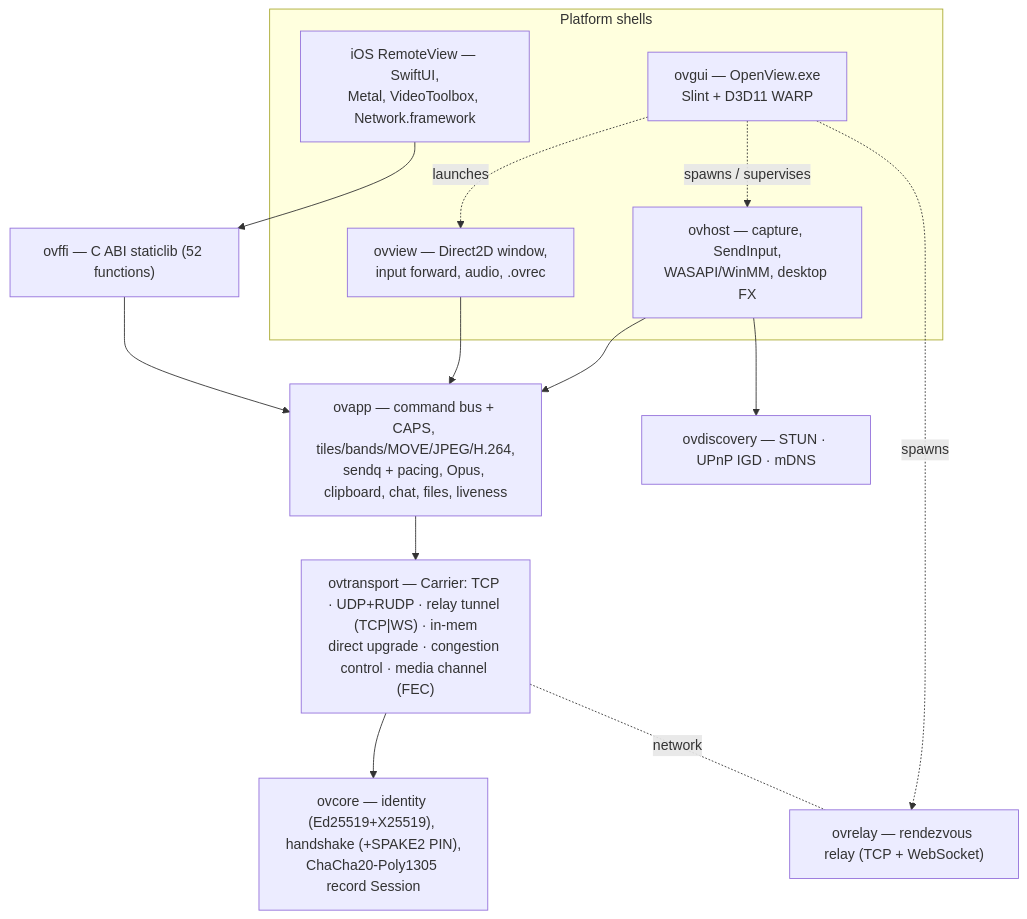
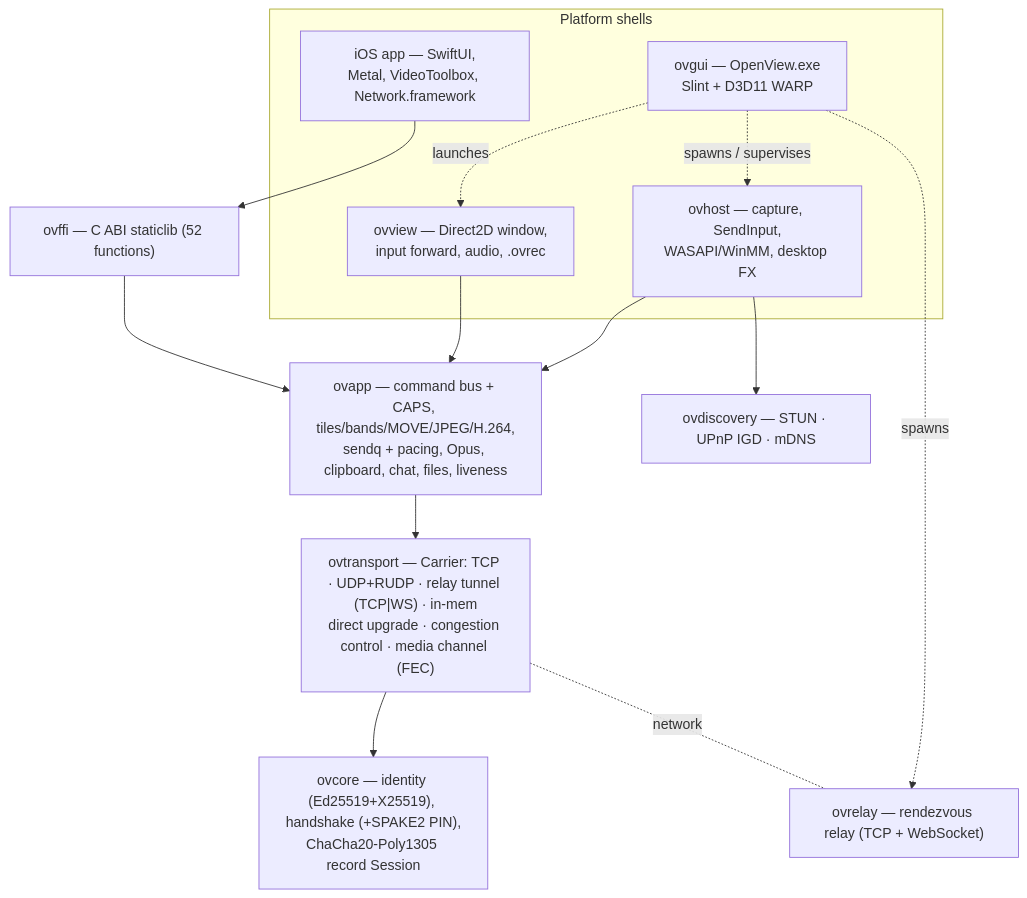
The first of 2 diagrams in docs/ARCHITECTURE.md (viceduong/openview), drawn with Mermaid before and after one commit. The commit also changed other lines of this file and 156 other files, not shown here.

````diff
--- a/docs/ARCHITECTURE.md
+++ b/docs/ARCHITECTURE.md
@@ -36,25 +36,25 @@
 ```mermaid
 flowchart TB
   subgraph Shells["Platform shells"]
     GUI["ovgui — OpenView.exe<br/>Slint + D3D11 WARP"]
     HOST["ovhost — capture, SendInput,<br/>WASAPI/WinMM, desktop FX"]
     VIEW["ovview — Direct2D window,<br/>input forward, audio, .ovrec"]
-    IOS["iOS RemoteView — SwiftUI,<br/>Metal, VideoToolbox, Network.framework"]
+    IOS["iOS app — SwiftUI,<br/>Metal, VideoToolbox, Network.framework"]
   end
   FFI["ovffi — C ABI staticlib (52 functions)"]
   APP["ovapp — command bus + CAPS, tiles/bands/MOVE/JPEG/H.264,<br/>sendq + pacing, Opus, clipboard, chat, files, liveness"]
   TRANS["ovtransport — Carrier: TCP · UDP+RUDP · relay tunnel (TCP|WS) · in-mem<br/>direct upgrade · congestion control · media channel (FEC)"]
   CORE["ovcore — identity (Ed25519+X25519), handshake (+SPAKE2 PIN),<br/>ChaCha20-Poly1305 record Session"]
   DISC["ovdiscovery — STUN · UPnP IGD · mDNS"]
   RELAY["ovrelay — rendezvous relay (TCP + WebSocket)"]
 
   GUI -. spawns / supervises .-> HOST
   GUI -. spawns .-> RELAY
   GUI -. launches .-> VIEW
   HOST --> APP
   VIEW --> APP
   IOS --> FFI --> APP
   APP --> TRANS --> CORE
   HOST --> DISC
   TRANS -. network .- RELAY
 ```
````
